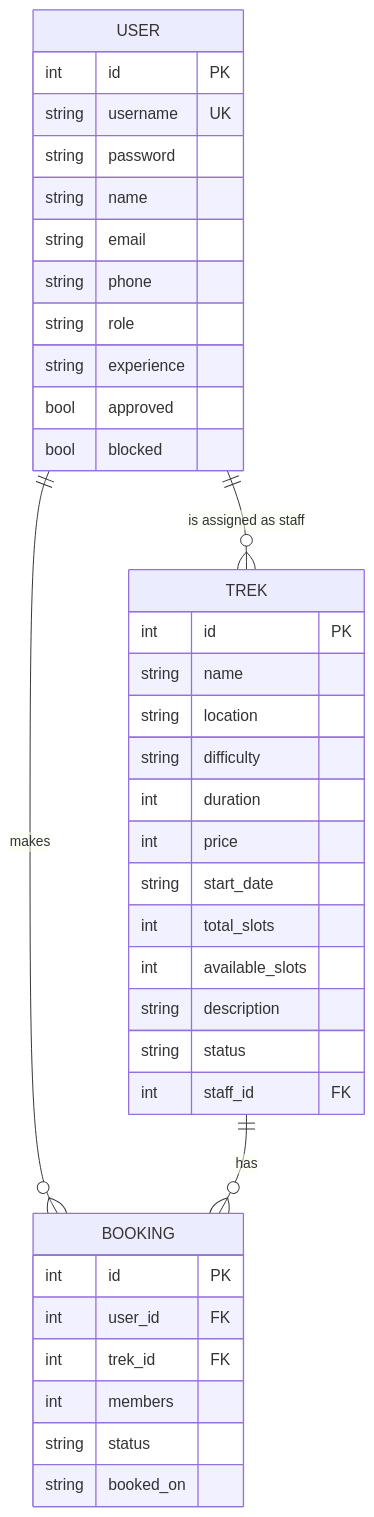
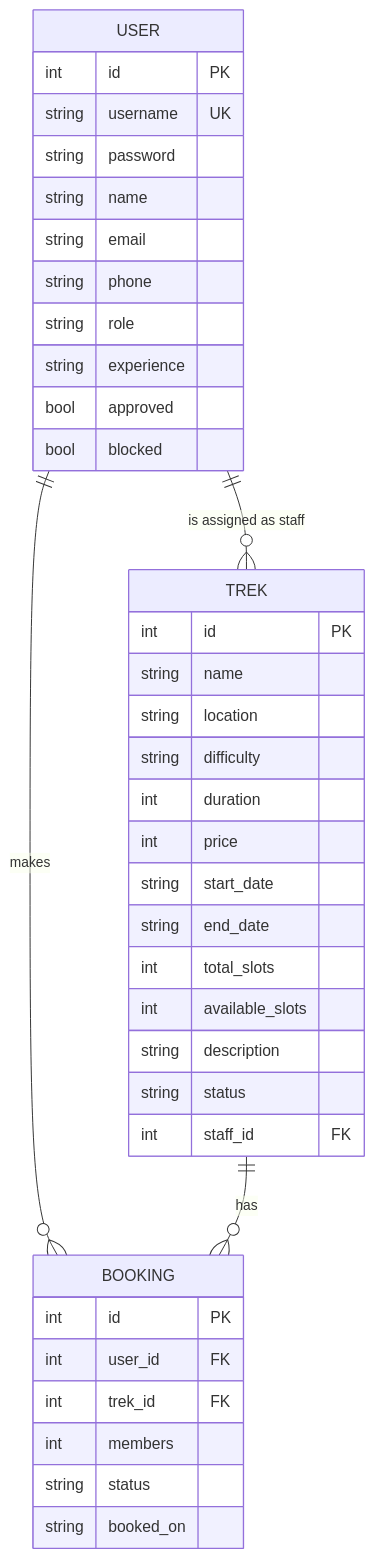
The diagram in README.md (GuptaOum/trek-app), drawn with Mermaid before and after one commit. The commit also changed other lines of this file and 15 other files, not shown here.

````diff
--- a/README.md
+++ b/README.md
@@ -93,41 +97,42 @@
 ```mermaid
 erDiagram
     USER ||--o{ BOOKING : makes
     USER ||--o{ TREK : "is assigned as staff"
     TREK ||--o{ BOOKING : has
 
     USER {
         int id PK
         string username UK
         string password
         string name
         string email
         string phone
         string role
         string experience
         bool approved
         bool blocked
     }
     TREK {
         int id PK
         string name
         string location
         string difficulty
         int duration
         int price
         string start_date
+        string end_date
         int total_slots
         int available_slots
         string description
         string status
         int staff_id FK
     }
     BOOKING {
         int id PK
         int user_id FK
         int trek_id FK
         int members
         string status
         string booked_on
     }
 ```
````
